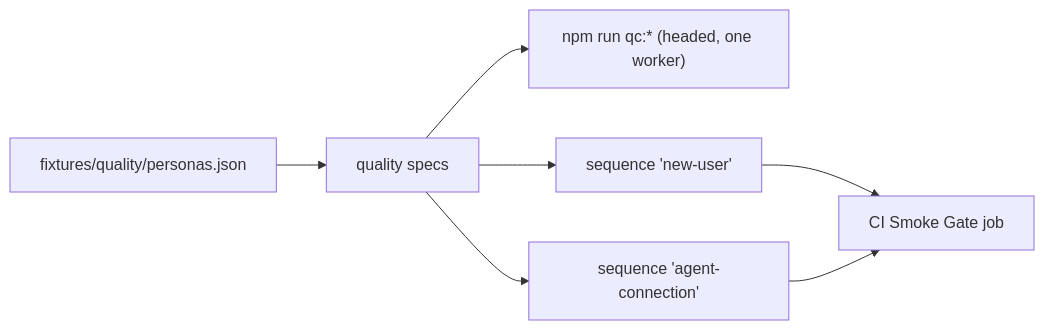
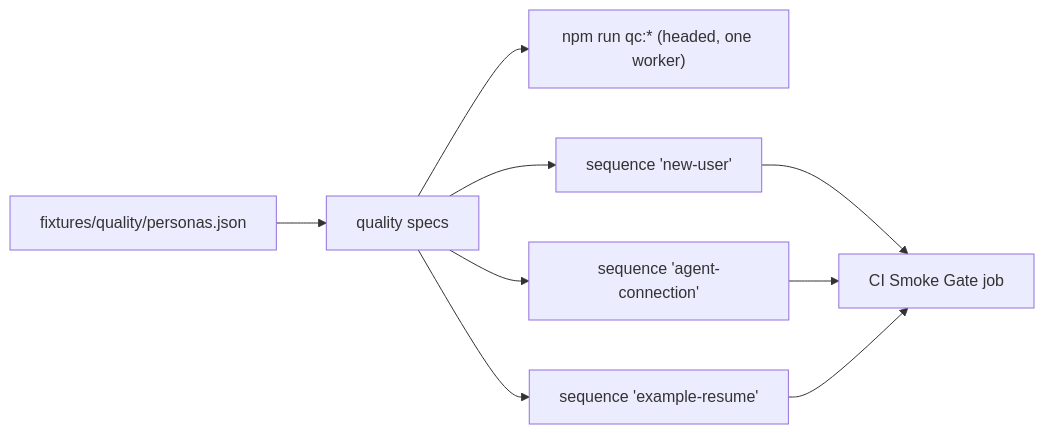
One commit to GraphDone/GraphDone-Core changed the diagram in tests/e2e/quality/README.md. Above: the diagram before and after it, drawn with Mermaid. The commit also changed other lines of this file and 4 other files, not shown here.

First line of the commit message:
test: run the example-resume journey as its own Smoke Gate sequence (#277)

````diff
--- a/tests/e2e/quality/README.md
+++ b/tests/e2e/quality/README.md
@@ -10,9 +10,11 @@
 ```mermaid
 flowchart LR
   persona["fixtures/quality/personas.json"] --> specs["quality specs"]
   specs --> qc["npm run qc:* (headed, one worker)"]
   specs --> nu["sequence 'new-user'"]
   specs --> ag["sequence 'agent-connection'"]
+  specs --> er["sequence 'example-resume'"]
   nu --> ci["CI Smoke Gate job"]
   ag --> ci
+  er --> ci
 ```
````
